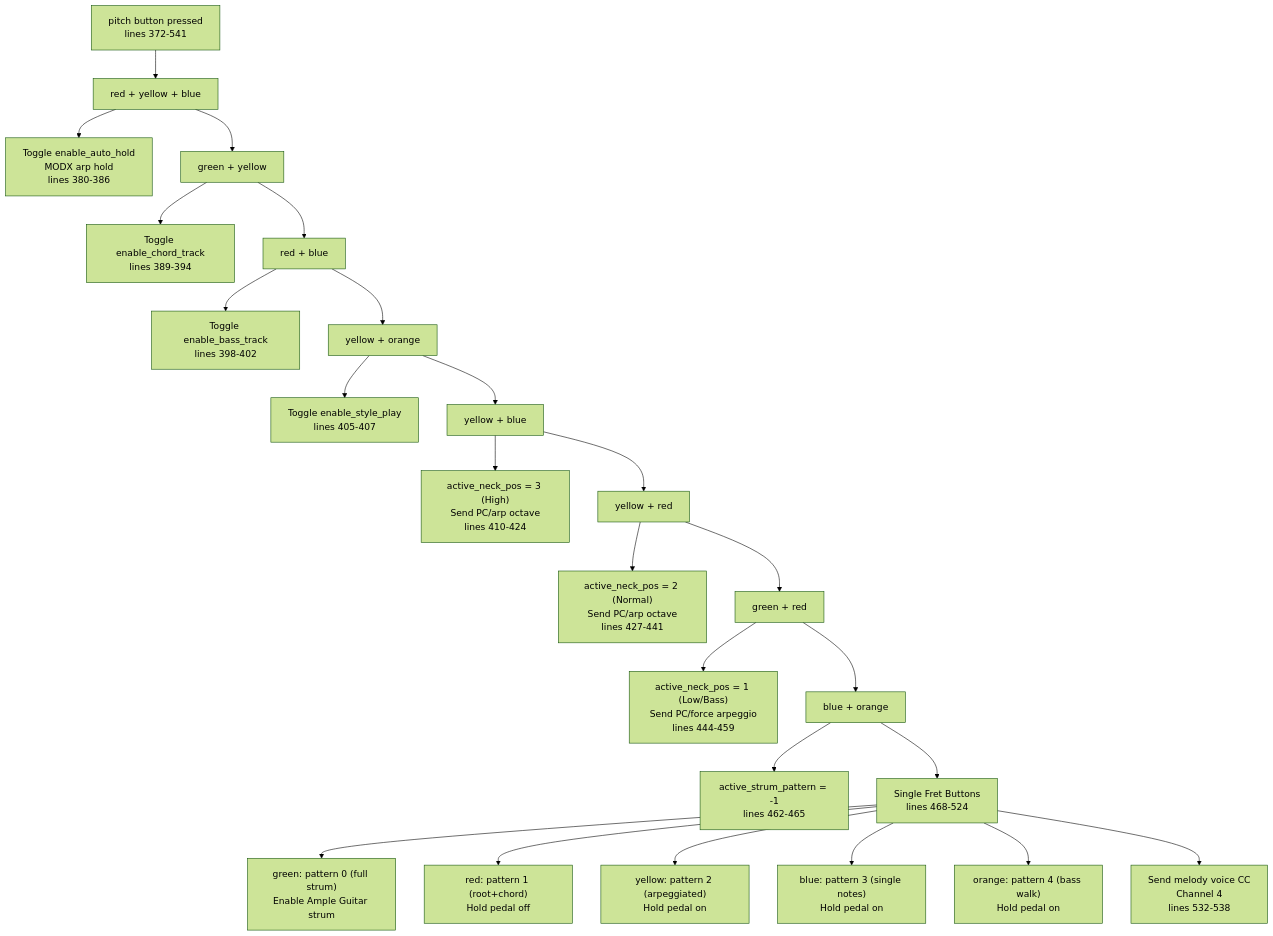
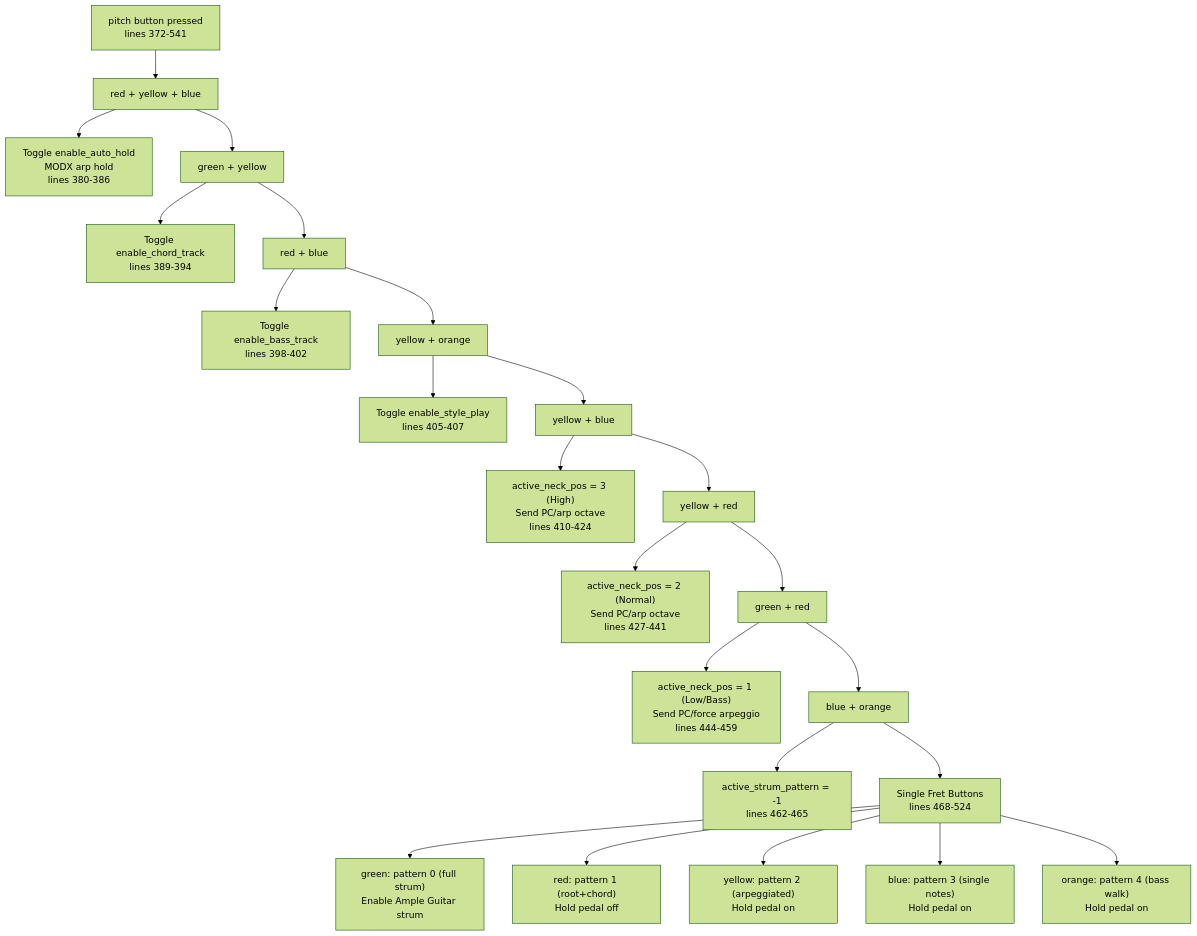
Before and after one commit to Jus-Be/orinayo-pico: the fourth of 6 diagrams in wiki/4.2-hid-to-midi-translation.md, drawn with Mermaid (forest theme). The commit also changed other lines of this file and 42 other files, not shown here.

````diff
--- a/wiki/4.2-hid-to-midi-translation.md
+++ b/wiki/4.2-hid-to-midi-translation.md
@@ -254,52 +286,50 @@
 ```mermaid
 flowchart TD
 
 PitchPress["pitch button pressed<br>lines 372-541"]
 CheckRYB["red + yellow + blue"]
 AutoHold["Toggle enable_auto_hold<br>MODX arp hold<br>lines 380-386"]
 CheckGY["green + yellow"]
 ChordTrack["Toggle enable_chord_track<br>lines 389-394"]
 CheckRB["red + blue"]
 BassTrack["Toggle enable_bass_track<br>lines 398-402"]
 CheckYO["yellow + orange"]
 StylePlay["Toggle enable_style_play<br>lines 405-407"]
 CheckYB["yellow + blue"]
 High["active_neck_pos = 3 (High)<br>Send PC/arp octave<br>lines 410-424"]
 CheckYR["yellow + red"]
 Normal["active_neck_pos = 2 (Normal)<br>Send PC/arp octave<br>lines 427-441"]
 CheckGR["green + red"]
 Low["active_neck_pos = 1 (Low/Bass)<br>Send PC/force arpeggio<br>lines 444-459"]
 CheckBO["blue + orange"]
 SpecialStrum["active_strum_pattern = -1<br>lines 462-465"]
 SingleFret["Single Fret Buttons<br>lines 468-524"]
 Green["green: pattern 0 (full strum)<br>Enable Ample Guitar strum"]
 Red["red: pattern 1 (root+chord)<br>Hold pedal off"]
 Yellow["yellow: pattern 2 (arpeggiated)<br>Hold pedal on"]
 Blue["blue: pattern 3 (single notes)<br>Hold pedal on"]
 Orange["orange: pattern 4 (bass walk)<br>Hold pedal on"]
-MelodyVoice["Send melody voice CC<br>Channel 4<br>lines 532-538"]
 
 PitchPress --> CheckRYB
 CheckRYB --> AutoHold
 CheckRYB --> CheckGY
 CheckGY --> ChordTrack
 CheckGY --> CheckRB
 CheckRB --> BassTrack
 CheckRB --> CheckYO
 CheckYO --> StylePlay
 CheckYO --> CheckYB
 CheckYB --> High
 CheckYB --> CheckYR
 CheckYR --> Normal
 CheckYR --> CheckGR
 CheckGR --> Low
 CheckGR --> CheckBO
 CheckBO --> SpecialStrum
 CheckBO --> SingleFret
 SingleFret --> Green
 SingleFret --> Red
 SingleFret --> Yellow
 SingleFret --> Blue
 SingleFret --> Orange
-SingleFret --> MelodyVoice
 ```
````
